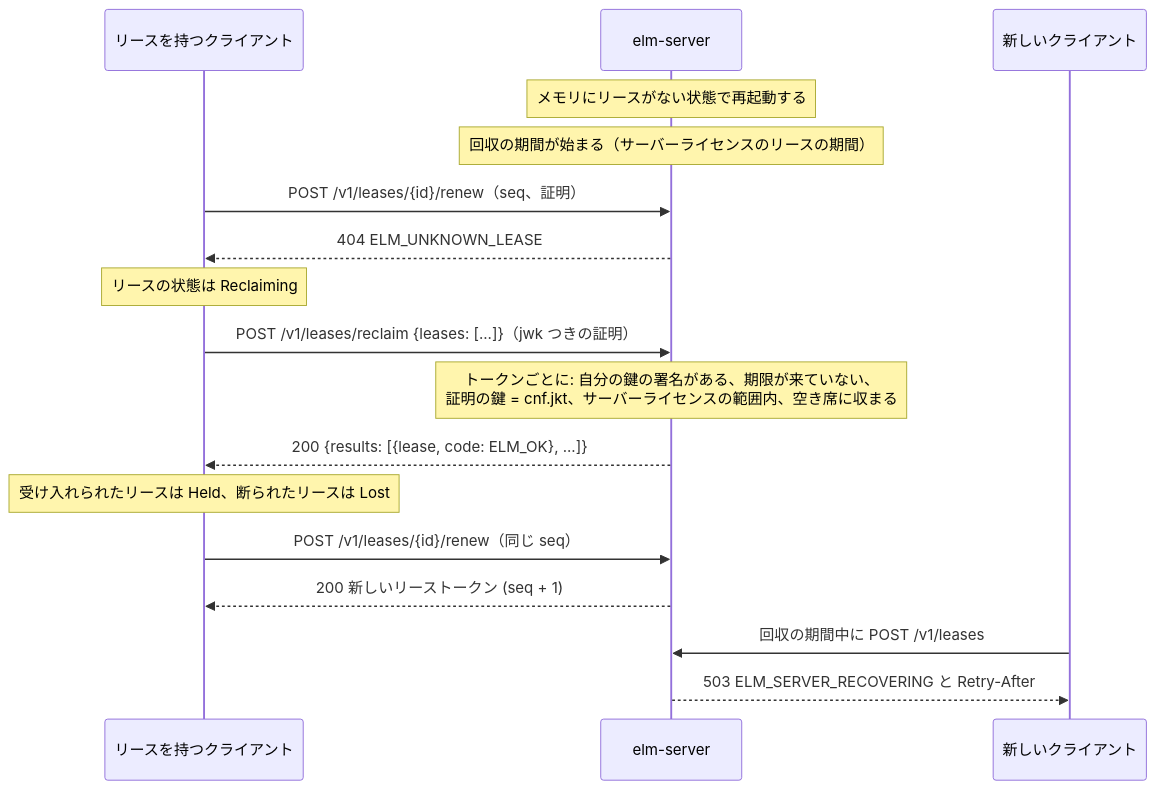
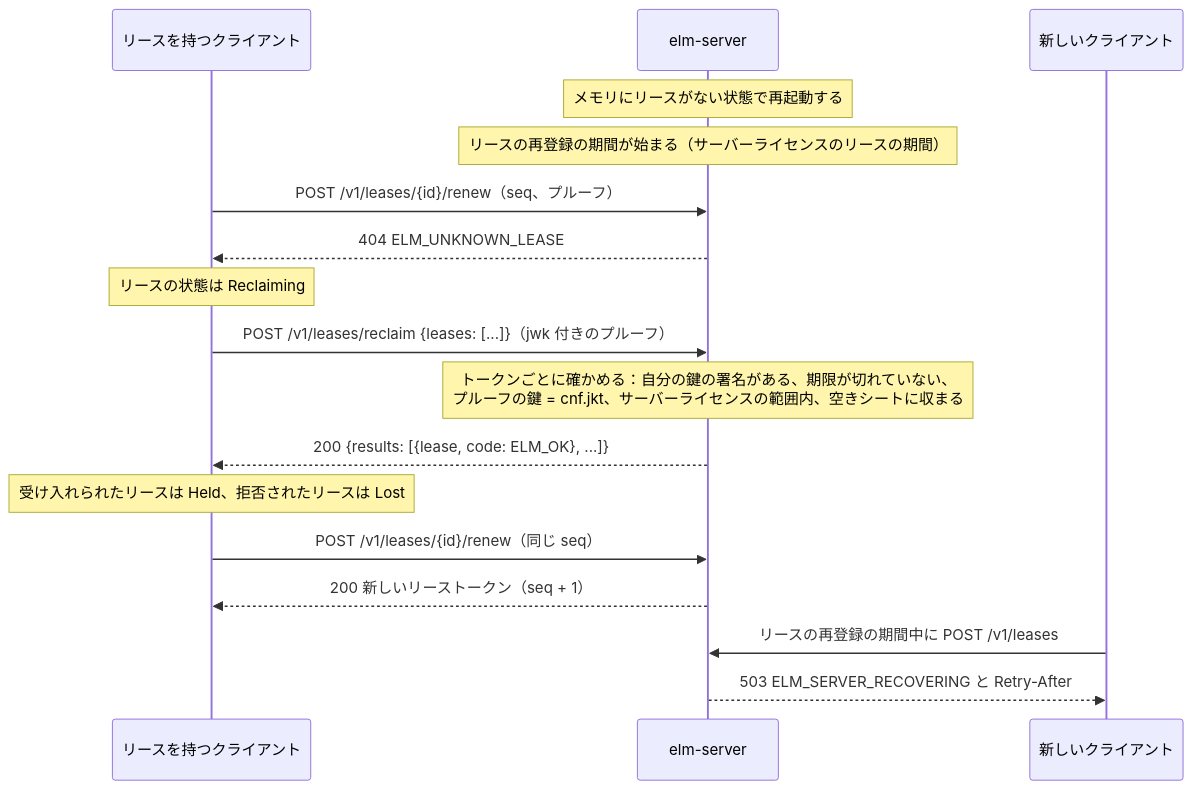
One commit to YUKIKEDA/ElasticLM changed the second of 2 diagrams in docs/guide.ja/explanation/floating-licenses.md. Above: the diagram before and after it, drawn with Mermaid. The commit also changed other lines of this file and 17 other files, not shown here.

````diff
--- a/docs/guide.ja/explanation/floating-licenses.md
+++ b/docs/guide.ja/explanation/floating-licenses.md
@@ -140,19 +154,19 @@
 ```mermaid
 sequenceDiagram
     participant C as リースを持つクライアント
     participant S as elm-server
     participant N as 新しいクライアント
     Note over S: メモリにリースがない状態で再起動する
-    Note over S: 回収の期間が始まる（サーバーライセンスのリースの期間）
-    C->>S: POST /v1/leases/{id}/renew（seq、証明）
+    Note over S: リースの再登録の期間が始まる（サーバーライセンスのリースの期間）
+    C->>S: POST /v1/leases/{id}/renew（seq、プルーフ）
     S-->>C: 404 ELM_UNKNOWN_LEASE
     Note over C: リースの状態は Reclaiming
-    C->>S: POST /v1/leases/reclaim {leases: [...]}（jwk つきの証明）
-    Note over S: トークンごとに: 自分の鍵の署名がある、期限が来ていない、<br/>証明の鍵 = cnf.jkt、サーバーライセンスの範囲内、空き席に収まる
+    C->>S: POST /v1/leases/reclaim {leases: [...]}（jwk 付きのプルーフ）
+    Note over S: トークンごとに確かめる：自分の鍵の署名がある、期限が切れていない、<br/>プルーフの鍵 = cnf.jkt、サーバーライセンスの範囲内、空きシートに収まる
     S-->>C: 200 {results: [{lease, code: ELM_OK}, ...]}
-    Note over C: 受け入れられたリースは Held、断られたリースは Lost
+    Note over C: 受け入れられたリースは Held、拒否されたリースは Lost
     C->>S: POST /v1/leases/{id}/renew（同じ seq）
-    S-->>C: 200 新しいリーストークン (seq + 1)
-    N->>S: 回収の期間中に POST /v1/leases
+    S-->>C: 200 新しいリーストークン（seq + 1）
+    N->>S: リースの再登録の期間中に POST /v1/leases
     S-->>N: 503 ELM_SERVER_RECOVERING と Retry-After
 ```
````
